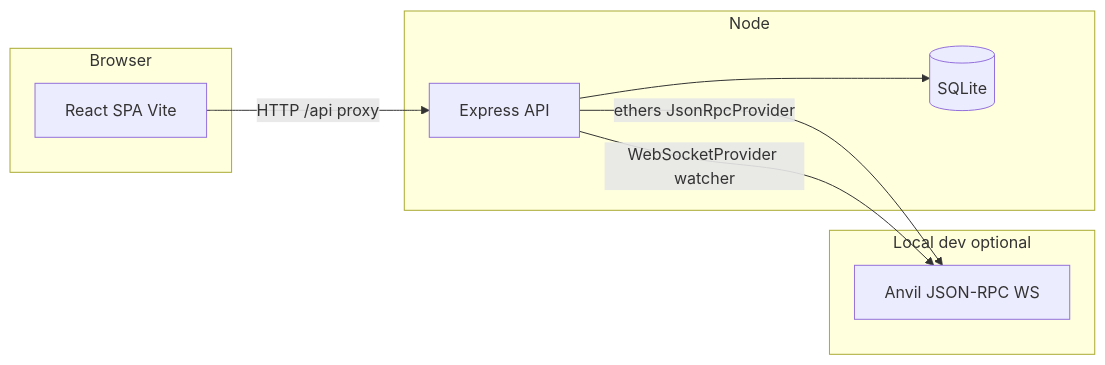
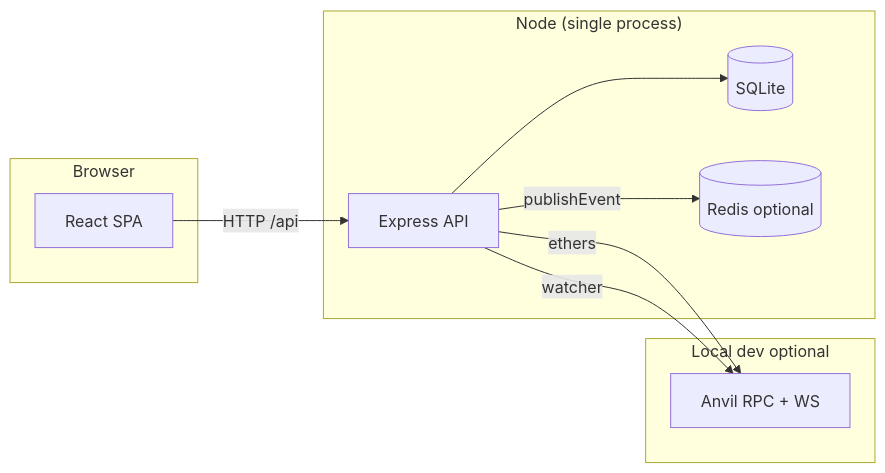
The third of 6 diagrams in docs/ARCHITECTURE.md (RbbSukhRkhe1/NewRepo), drawn with Mermaid before and after one commit. The commit also changed other lines of this file and 21 other files, not shown here.

Commit message:
Add Redis events, architecture ADRs, OpenAPI stubs, and doc updates

````diff
--- a/docs/ARCHITECTURE.md
+++ b/docs/ARCHITECTURE.md
@@ -5,17 +110,19 @@
 ```mermaid
 flowchart LR
   subgraph Browser
-    FE[React SPA Vite]
+    FE[React SPA]
   end
-  subgraph Node
+  subgraph Node["Node (single process)"]
     API[Express API]
     DB[(SQLite)]
+    RED[(Redis optional)]
   end
   subgraph LocalDev["Local dev optional"]
-    ANV[Anvil JSON-RPC WS]
+    ANV[Anvil RPC + WS]
   end
-  FE -->|HTTP /api proxy| API
+  FE -->|HTTP /api| API
   API --> DB
-  API -->|ethers JsonRpcProvider| ANV
-  API -->|WebSocketProvider watcher| ANV
+  API -->|publishEvent| RED
+  API -->|ethers| ANV
+  API -->|watcher| ANV
 ```
````
